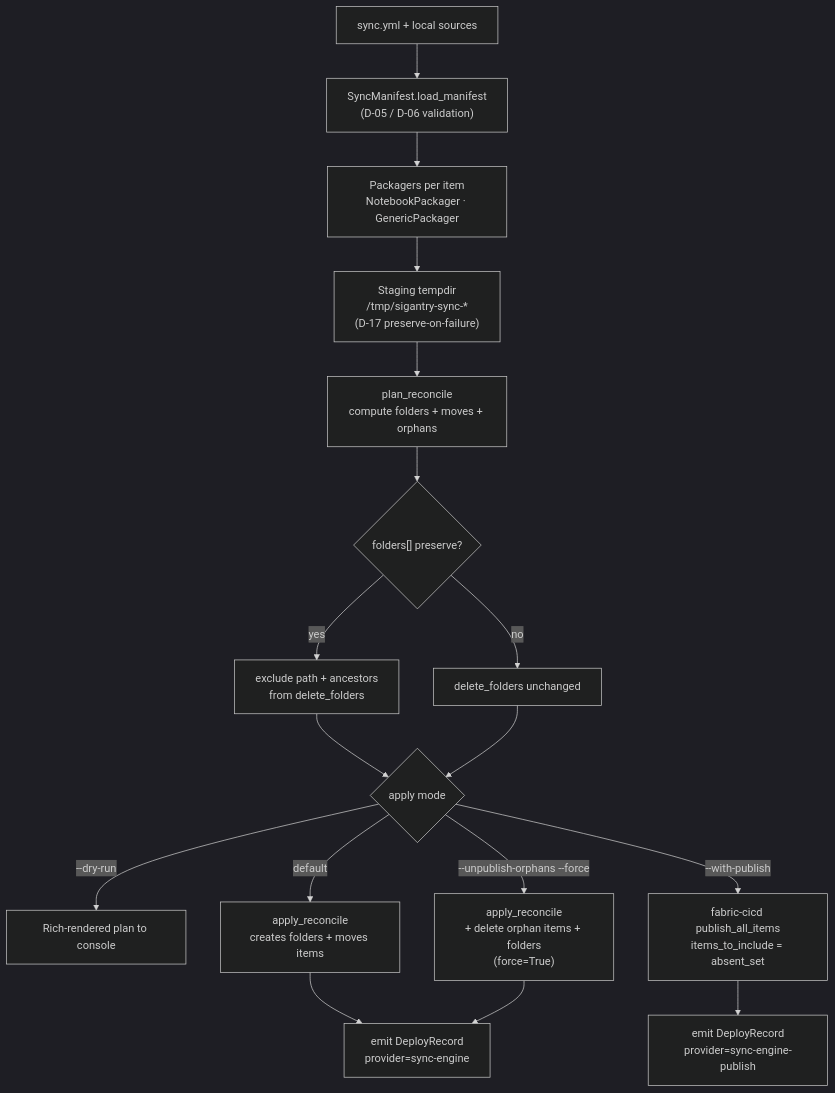
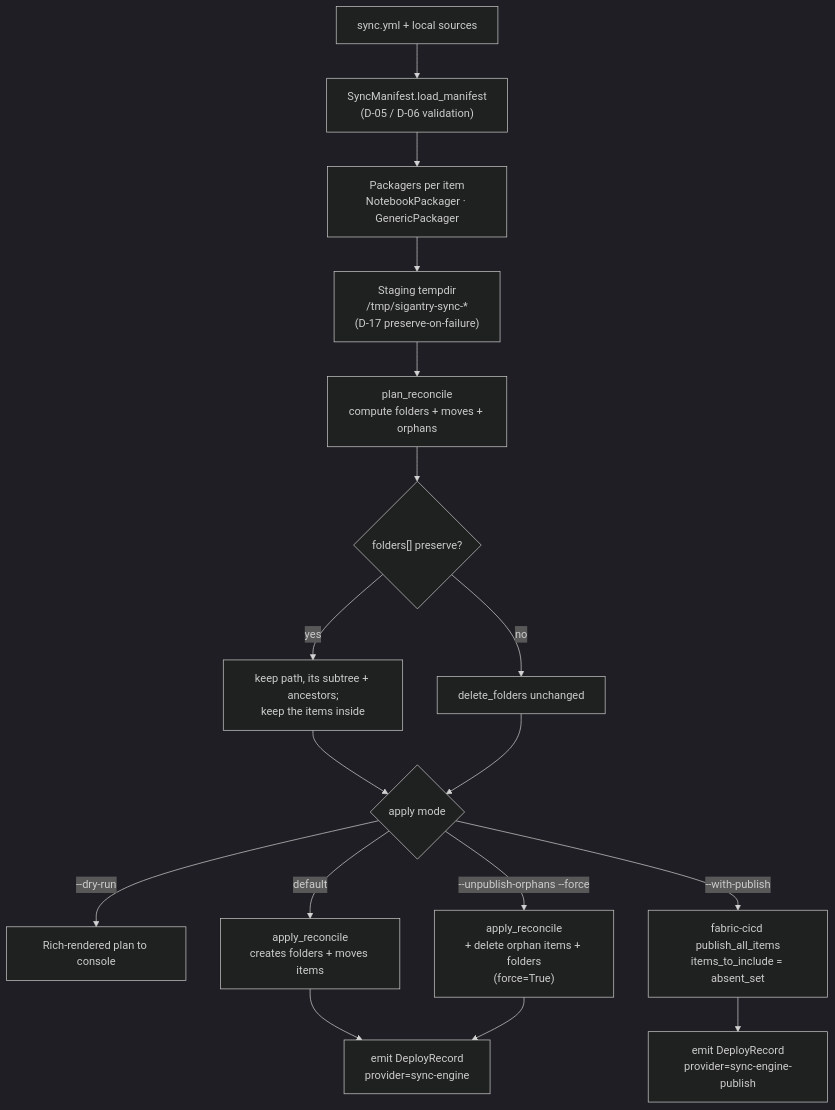
One commit to Bralabee/sigantry changed the third of 9 diagrams in docs/CAPABILITIES.md. Above: the diagram before and after it, drawn with Mermaid (dark theme). The commit also changed other lines of this file and 9 other files, not shown here.

````diff
--- a/docs/CAPABILITIES.md
+++ b/docs/CAPABILITIES.md
@@ -232,19 +232,19 @@
 ```mermaid
 flowchart TD
     M["sync.yml + local sources"] --> LOAD["SyncManifest.load_manifest<br/>(D-05 / D-06 validation)"]
     LOAD --> PACK["Packagers per item<br/>NotebookPackager · GenericPackager"]
     PACK --> STG["Staging tempdir<br/>/tmp/sigantry-sync-*<br/>(D-17 preserve-on-failure)"]
     STG --> RECON["plan_reconcile<br/>compute folders + moves + orphans"]
     RECON --> FILTER{"folders[] preserve?"}
-    FILTER -->|yes| EXCL["exclude path + ancestors<br/>from delete_folders"]
+    FILTER -->|yes| EXCL["keep path, its subtree + ancestors;<br/>keep the items inside"]
     FILTER -->|no| KEEP["delete_folders unchanged"]
     EXCL --> APPLY{"apply mode"}
     KEEP --> APPLY
     APPLY -->|"--dry-run"| RICH["Rich-rendered plan to console"]
     APPLY -->|"default"| ADD["apply_reconcile<br/>creates folders + moves items"]
     APPLY -->|"--unpublish-orphans --force"| FULL["apply_reconcile<br/>+ delete orphan items + folders<br/>(force=True)"]
     APPLY -->|"--with-publish"| PUB["fabric-cicd publish_all_items<br/>items_to_include = absent_set"]
     ADD --> AUDIT["emit DeployRecord<br/>provider=sync-engine"]
     FULL --> AUDIT
     PUB --> AUDIT2["emit DeployRecord<br/>provider=sync-engine-publish"]
 ```
````
